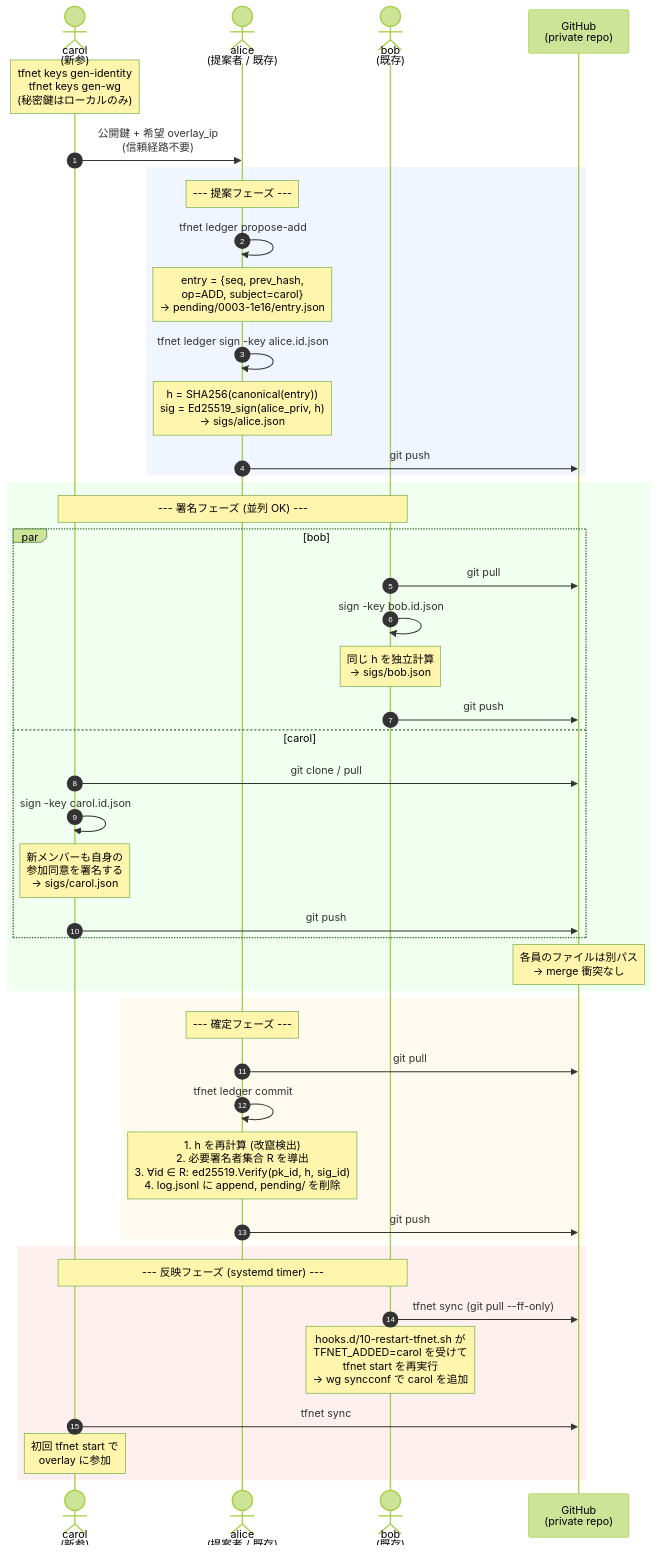
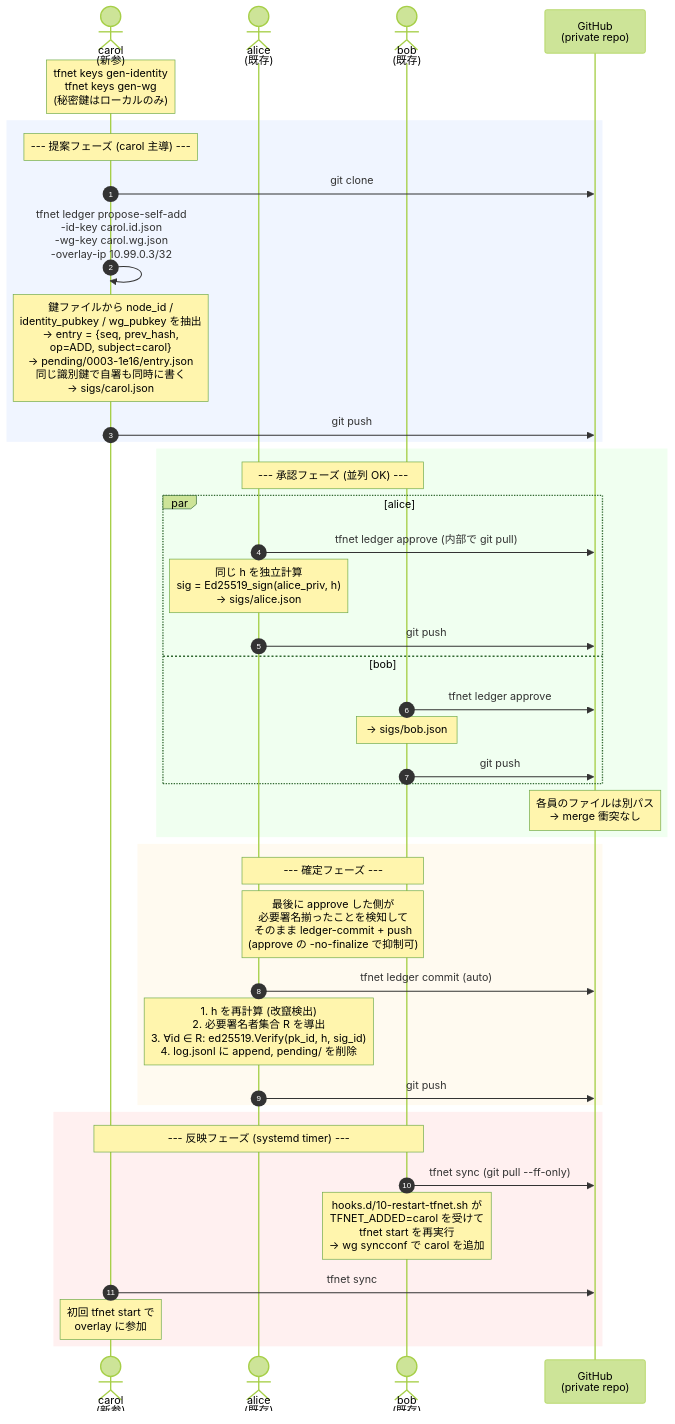
The first of 4 diagrams in docs/signing-sequence.md (chun37/tfnet), drawn with Mermaid (forest theme) before and after one commit. The commit also changed other lines of this file and 5 other files, not shown here.

First line of the commit message:
ledger: add `propose-self-add` for new joiners

````diff
--- a/docs/signing-sequence.md
+++ b/docs/signing-sequence.md
@@ -21,52 +27,48 @@
 ```mermaid
 sequenceDiagram
     autonumber
     actor C as carol<br/>(新参)
-    actor A as alice<br/>(提案者 / 既存)
+    actor A as alice<br/>(既存)
     actor B as bob<br/>(既存)
     participant R as GitHub<br/>(private repo)
 
     Note over C: tfnet keys gen-identity<br/>tfnet keys gen-wg<br/>(秘密鍵はローカルのみ)
-    C->>A: 公開鍵 + 希望 overlay_ip<br/>(信頼経路不要)
 
     rect rgb(240, 245, 255)
-        Note over A: --- 提案フェーズ ---
-        A->>A: tfnet ledger propose-add
-        Note over A: entry = {seq, prev_hash,<br/>op=ADD, subject=carol}<br/>→ pending/0003-1e16/entry.json
-        A->>A: tfnet ledger sign -key alice.id.json
-        Note over A: h = SHA256(canonical(entry))<br/>sig = Ed25519_sign(alice_priv, h)<br/>→ sigs/alice.json
-        A->>R: git push
+        Note over C: --- 提案フェーズ (carol 主導) ---
+        C->>R: git clone
+        C->>C: tfnet ledger propose-self-add<br/>-id-key carol.id.json<br/>-wg-key carol.wg.json<br/>-overlay-ip 10.99.0.3/32
+        Note over C: 鍵ファイルから node_id /<br/>identity_pubkey / wg_pubkey を抽出<br/>→ entry = {seq, prev_hash,<br/>op=ADD, subject=carol}<br/>→ pending/0003-1e16/entry.json<br/>同じ識別鍵で自署も同時に書く<br/>→ sigs/carol.json
+        C->>R: git push
     end
 
     rect rgb(240, 255, 240)
-        Note over B,C: --- 署名フェーズ (並列 OK) ---
-        par bob
-            B->>R: git pull
-            B->>B: sign -key bob.id.json
-            Note over B: 同じ h を独立計算<br/>→ sigs/bob.json
+        Note over A,B: --- 承認フェーズ (並列 OK) ---
+        par alice
+            A->>R: tfnet ledger approve (内部で git pull)
+            Note over A: 同じ h を独立計算<br/>sig = Ed25519_sign(alice_priv, h)<br/>→ sigs/alice.json
+            A->>R: git push
+        and bob
+            B->>R: tfnet ledger approve
+            Note over B: → sigs/bob.json
             B->>R: git push
-        and carol
-            C->>R: git clone / pull
-            C->>C: sign -key carol.id.json
-            Note over C: 新メンバーも自身の<br/>参加同意を署名する<br/>→ sigs/carol.json
-            C->>R: git push
         end
         Note over R: 各員のファイルは別パス<br/>→ merge 衝突なし
     end
 
     rect rgb(255, 250, 240)
-        Note over A: --- 確定フェーズ ---
-        A->>R: git pull
-        A->>A: tfnet ledger commit
+        Note over A,B: --- 確定フェーズ ---
+        Note over A,B: 最後に approve した側が<br/>必要署名揃ったことを検知して<br/>そのまま ledger-commit + push<br/>(approve の -no-finalize で抑制可)
+        A->>R: tfnet ledger commit (auto)
         Note over A: 1. h を再計算 (改竄検出)<br/>2. 必要署名者集合 R を導出<br/>3. ∀id ∈ R: ed25519.Verify(pk_id, h, sig_id)<br/>4. log.jsonl に append, pending/ を削除
         A->>R: git push
     end
 
     rect rgb(255, 240, 240)
         Note over B,C: --- 反映フェーズ (systemd timer) ---
         B->>R: tfnet sync (git pull --ff-only)
         Note over B: hooks.d/10-restart-tfnet.sh が<br/>TFNET_ADDED=carol を受けて<br/>tfnet start を再実行<br/>→ wg syncconf で carol を追加
         C->>R: tfnet sync
         Note over C: 初回 tfnet start で<br/>overlay に参加
     end
 ```
````
